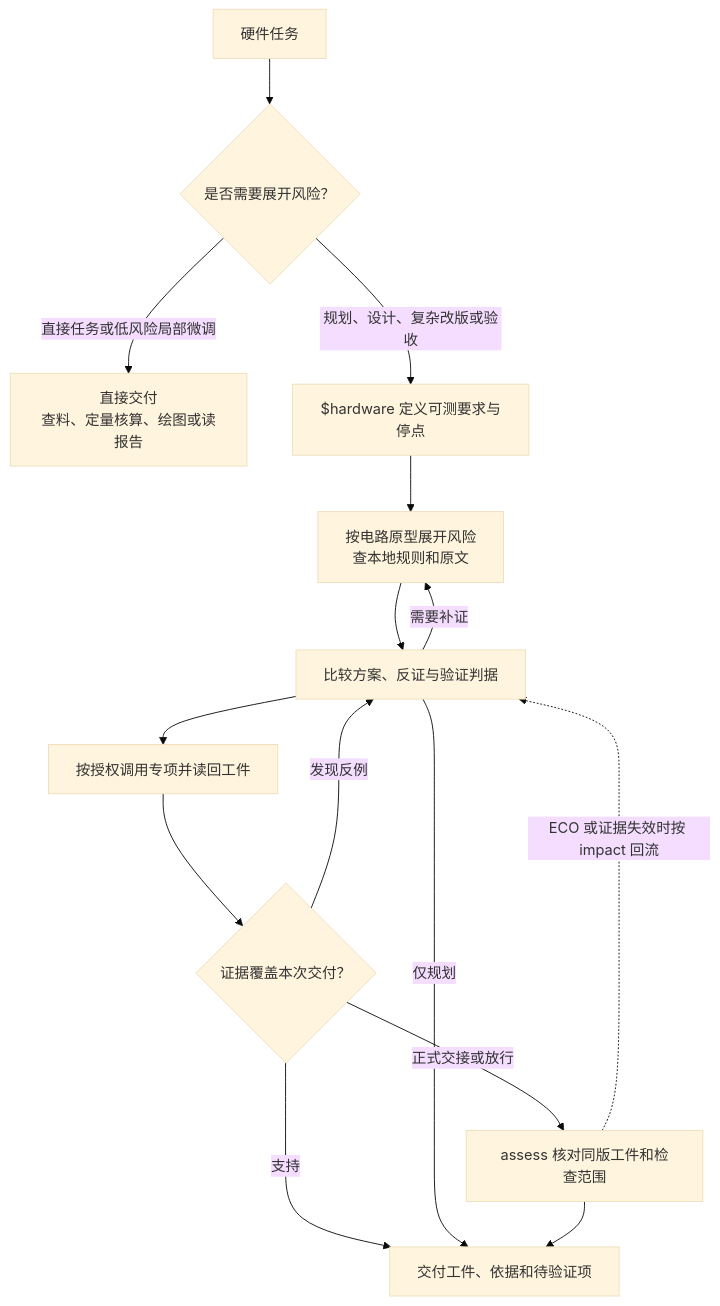
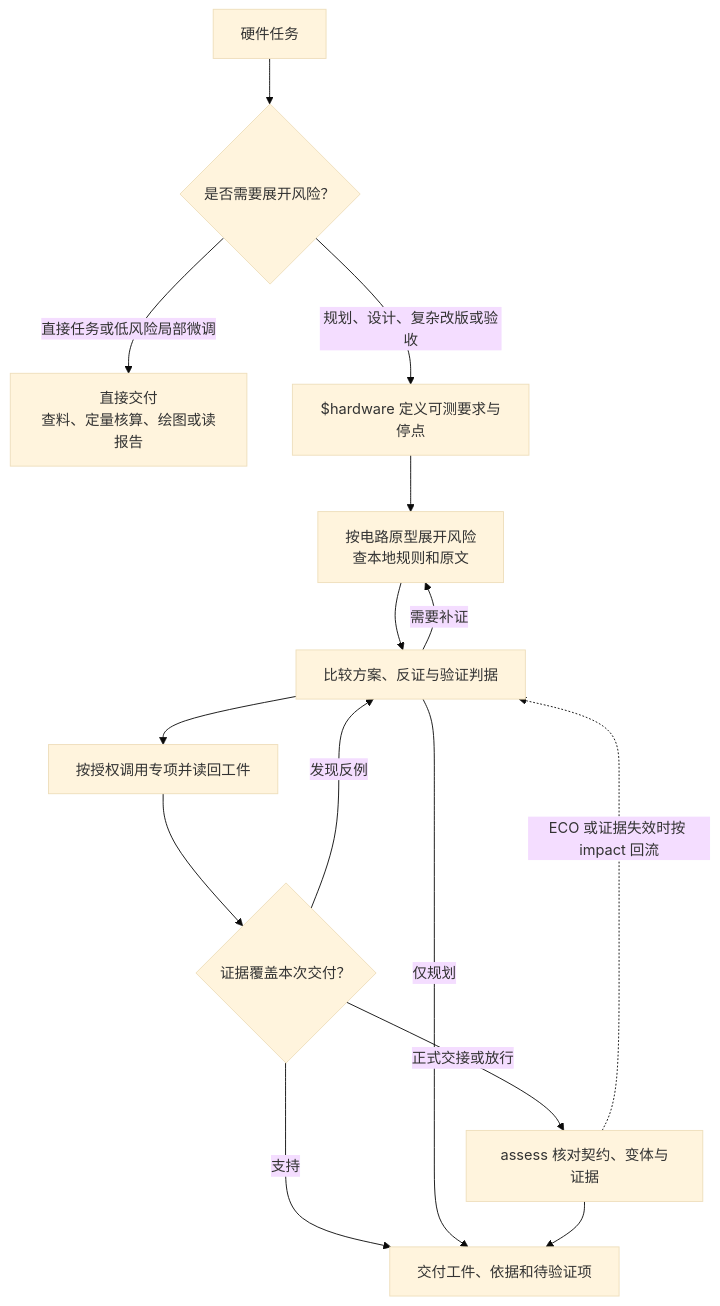
One commit to zhr1008/hardware-design-skills changed the diagram in README.md. Above: the diagram before and after it, drawn with Mermaid (base theme). The commit also changed other lines of this file and 8 other files, not shown here.

First line of the commit message:
同步原理图风格和 Altium 系列建库核验

````diff
--- a/README.md
+++ b/README.md
@@ -55,17 +58,17 @@
 ```mermaid
 flowchart TD
   A["硬件任务"] --> Q{"是否需要展开风险？"}
   Q -->|"直接任务或低风险局部微调"| FAST["直接交付<br/>查料、定量核算、绘图或读报告"]
   Q -->|"规划、设计、复杂改版或验收"| B["$hardware 定义可测要求与停点"]
   B --> C["按电路原型展开风险<br/>查本地规则和原文"]
   C --> D["比较方案、反证与验证判据"]
   D --> E["按授权调用专项并读回工件"]
   E --> F{"证据覆盖本次交付？"}
   F -->|"支持"| G["交付工件、依据和待验证项"]
   F -->|"发现反例"| D
   D -->|"需要补证"| C
   D -->|"仅规划"| G
-  F -->|"正式交接或放行"| S["assess 核对同版工件和检查范围"]
+  F -->|"正式交接或放行"| S["assess 核对契约、变体与证据"]
   S --> G
   S -. "ECO 或证据失效时按 impact 回流" .-> D
 ```
````
